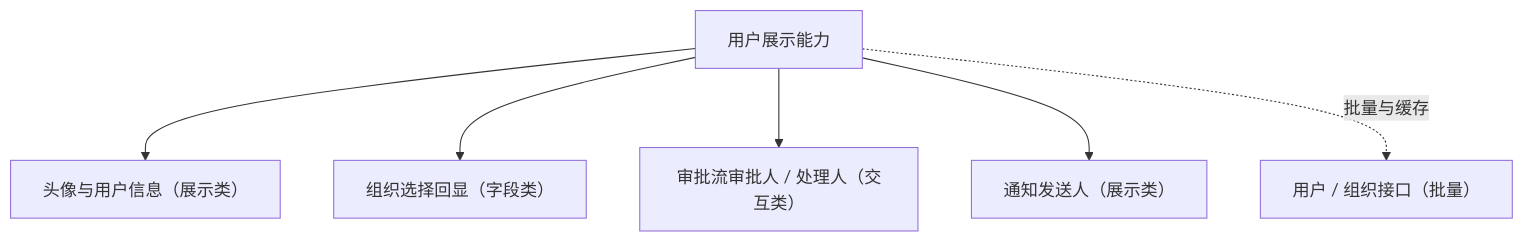
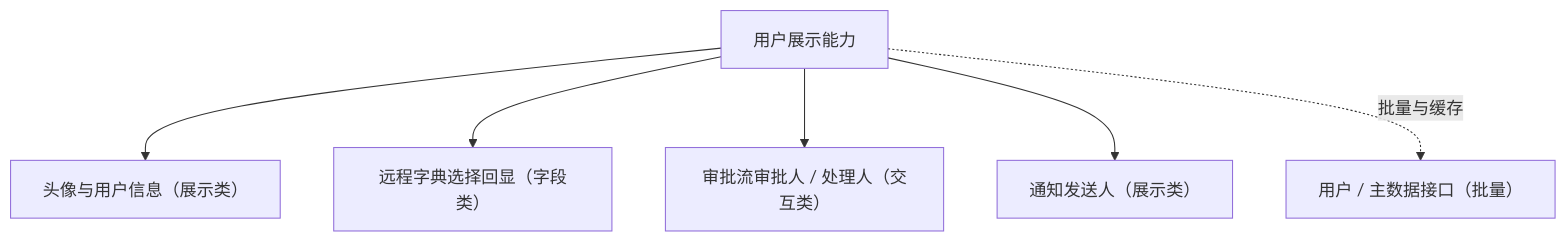
Before and after one commit to minjian123/basic-management-system: the diagram in bms文档/设计/组件设计/02_基础组件类/02_能力类/19_组件设计_用户展示能力/19_组件设计_用户展示能力.md, drawn with Mermaid. The commit also changed other lines of this file and 501 other files, not shown here.

````diff
--- a/bms文档/设计/组件设计/02_基础组件类/02_能力类/19_组件设计_用户展示能力/19_组件设计_用户展示能力.md
+++ b/bms文档/设计/组件设计/02_基础组件类/02_能力类/19_组件设计_用户展示能力/19_组件设计_用户展示能力.md
@@ -16,8 +16,8 @@
 ```mermaid
 flowchart TD
     U["用户展示能力"] --> A["头像与用户信息（展示类）"]
-    U --> O["组织选择回显（字段类）"]
+    U --> O["远程字典选择回显（字段类）"]
     U --> W["审批流审批人 / 处理人（交互类）"]
     U --> N["通知发送人（展示类）"]
-    U -. 批量与缓存 .-> API["用户 / 组织接口（批量）"]
+    U -. 批量与缓存 .-> API["用户 / 主数据接口（批量）"]
 ```
````
